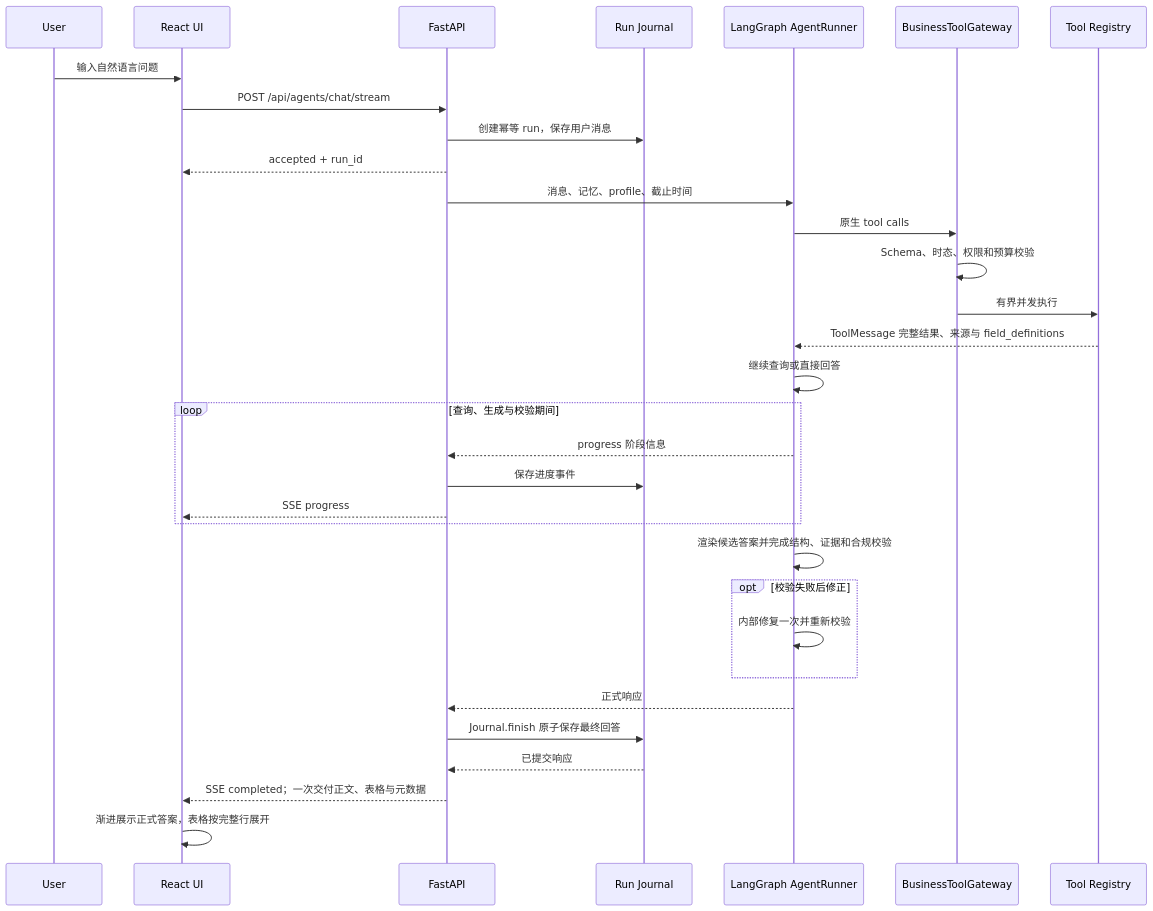
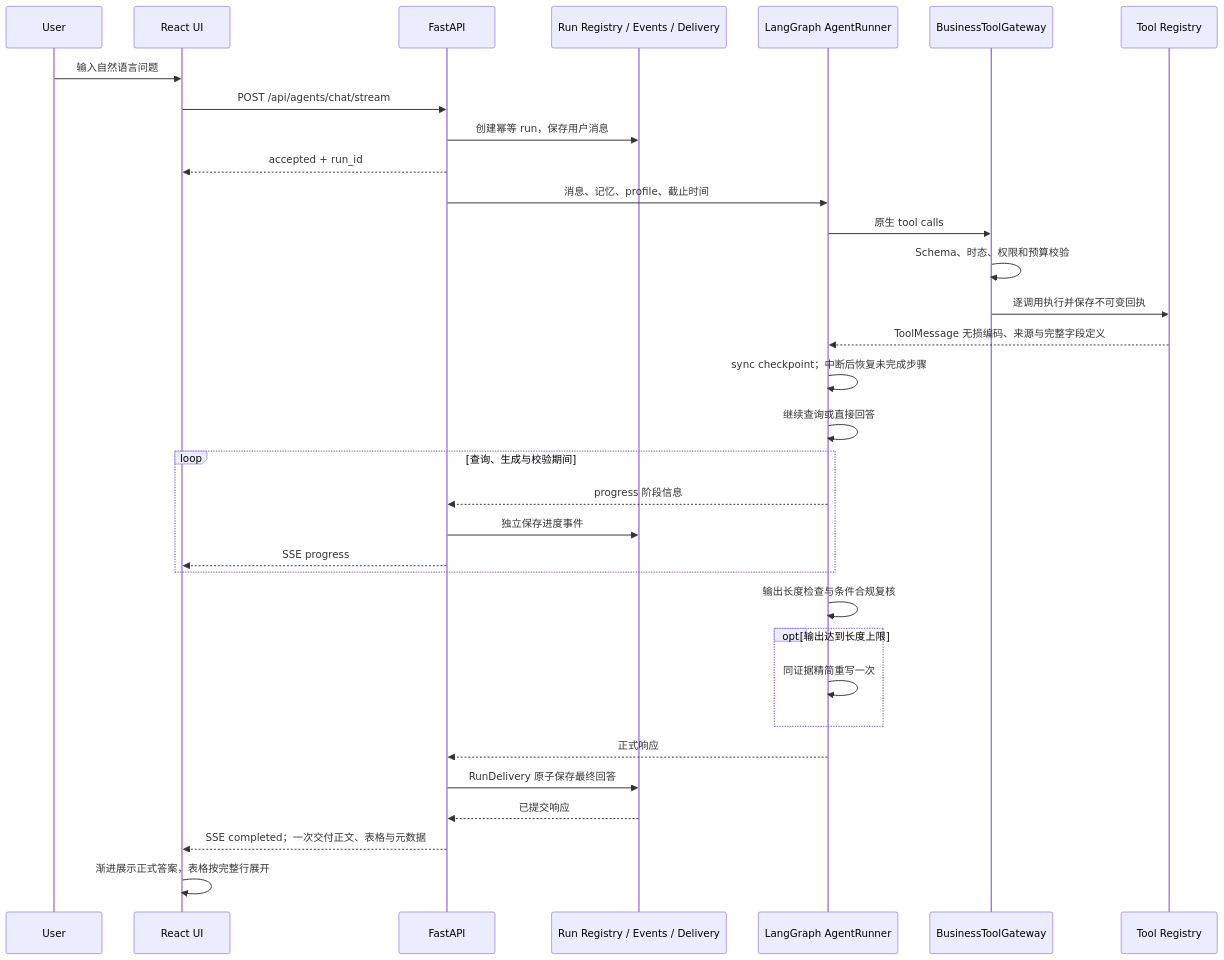
The second of 2 diagrams in README.md (bibofu/LimitUpLab), drawn with Mermaid before and after one commit. The commit also changed other lines of this file and 3 other files, not shown here.

````diff
--- a/README.md
+++ b/README.md
@@ -169,35 +170,36 @@
 ```mermaid
 sequenceDiagram
     participant User
     participant UI as React UI
     participant API as FastAPI
-    participant Journal as Run Journal
+    participant Runs as Run Registry / Events / Delivery
     participant Graph as LangGraph AgentRunner
     participant Gateway as BusinessToolGateway
     participant Tools as Tool Registry
 
     User->>UI: 输入自然语言问题
     UI->>API: POST /api/agents/chat/stream
-    API->>Journal: 创建幂等 run，保存用户消息
+    API->>Runs: 创建幂等 run，保存用户消息
     API-->>UI: accepted + run_id
     API->>Graph: 消息、记忆、profile、截止时间
     Graph->>Gateway: 原生 tool calls
     Gateway->>Gateway: Schema、时态、权限和预算校验
-    Gateway->>Tools: 有界并发执行
-    Tools-->>Graph: ToolMessage 完整结果、来源与 field_definitions
+    Gateway->>Tools: 逐调用执行并保存不可变回执
+    Tools-->>Graph: ToolMessage 无损编码、来源与完整字段定义
+    Graph->>Graph: sync checkpoint；中断后恢复未完成步骤
     Graph->>Graph: 继续查询或直接回答
     loop 查询、生成与校验期间
         Graph-->>API: progress 阶段信息
-        API->>Journal: 保存进度事件
+        API->>Runs: 独立保存进度事件
         API-->>UI: SSE progress
     end
-    Graph->>Graph: 渲染候选答案并完成结构、证据和合规校验
-    opt 校验失败后修正
-        Graph->>Graph: 内部修复一次并重新校验
+    Graph->>Graph: 输出长度检查与条件合规复核
+    opt 输出达到长度上限
+        Graph->>Graph: 同证据精简重写一次
     end
     Graph-->>API: 正式响应
-    API->>Journal: Journal.finish 原子保存最终回答
-    Journal-->>API: 已提交响应
+    API->>Runs: RunDelivery 原子保存最终回答
+    Runs-->>API: 已提交响应
     API-->>UI: SSE completed；一次交付正文、表格与元数据
     UI->>UI: 渐进展示正式答案，表格按完整行展开
 ```
````
